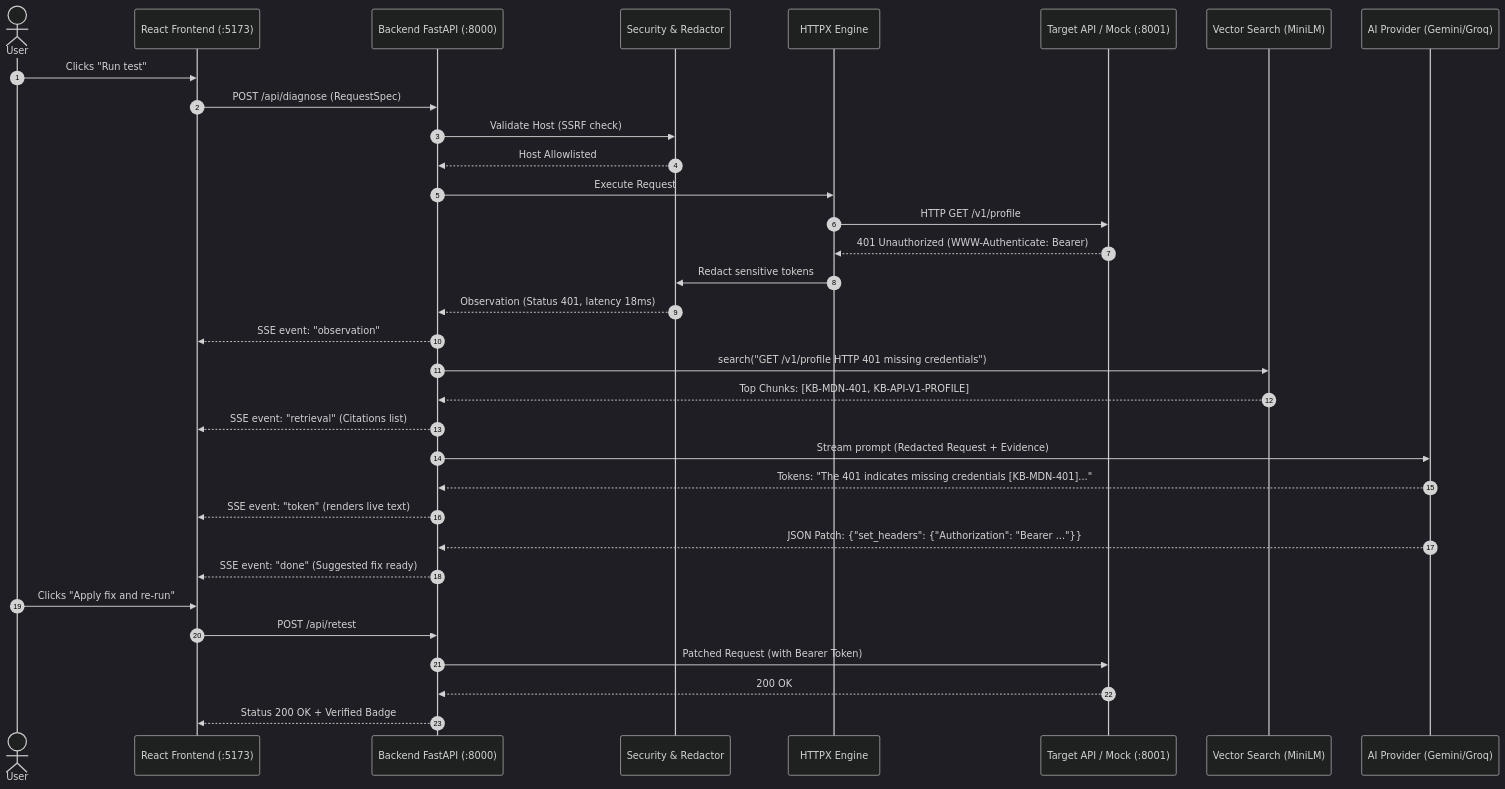
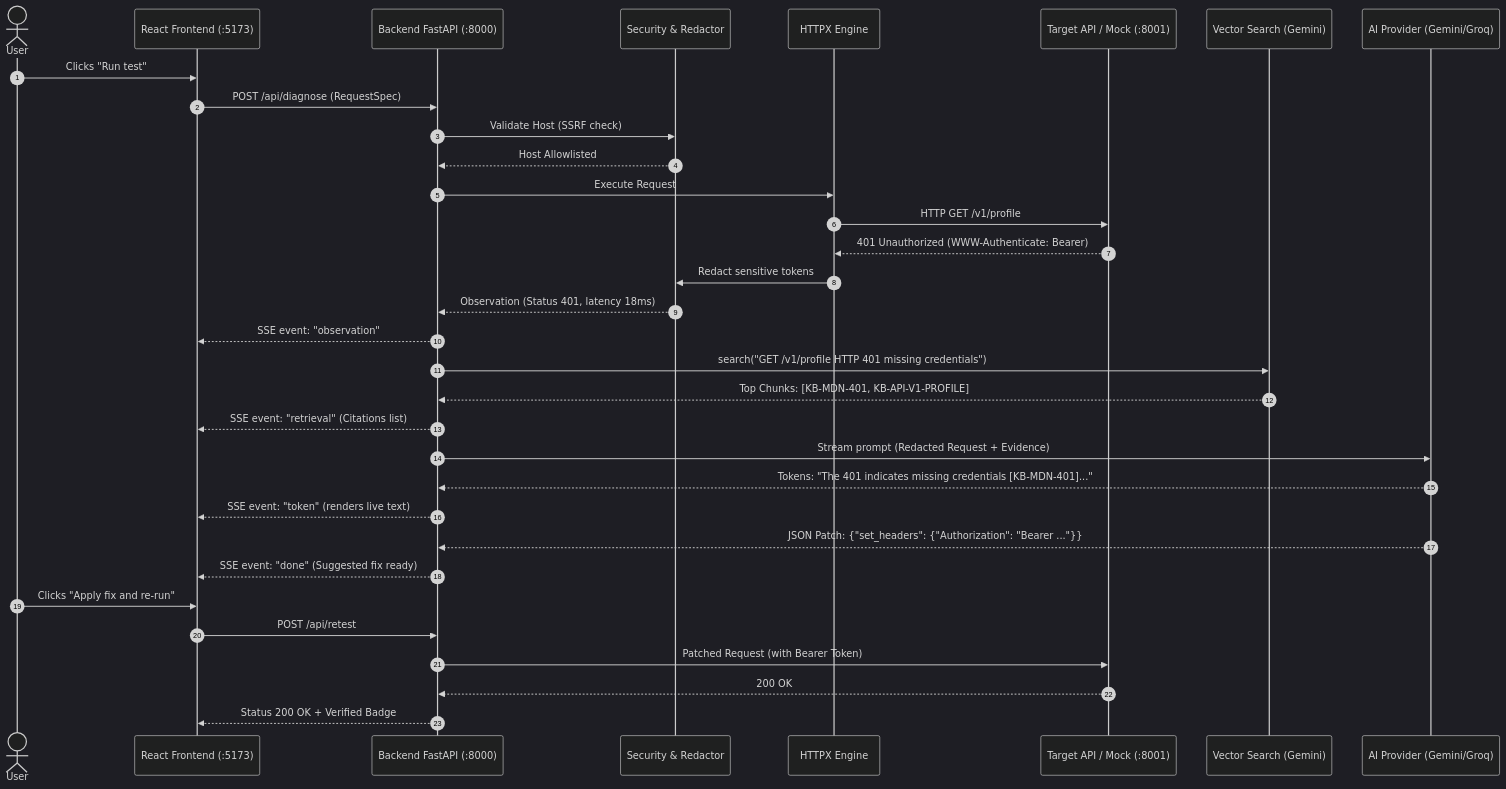
The second of 2 diagrams in docs/APIFix_AI_Project_Guide.md (ManojManasseh12/APIFIX_Project), drawn with Mermaid (dark theme) before and after one commit. The commit also changed other lines of this file and 25 other files, not shown here.

````diff
--- a/docs/APIFix_AI_Project_Guide.md
+++ b/docs/APIFix_AI_Project_Guide.md
@@ -141,39 +141,39 @@
 ```mermaid
 sequenceDiagram
     autonumber
     actor User
     participant UI as React Frontend (:5173)
     participant API as Backend FastAPI (:8000)
     participant Security as Security & Redactor
     participant Tester as HTTPX Engine
     participant Target as Target API / Mock (:8001)
-    participant RAG as Vector Search (MiniLM)
+    participant RAG as Vector Search (Gemini)
     participant LLM as AI Provider (Gemini/Groq)
 
     User->>UI: Clicks "Run test"
     UI->>API: POST /api/diagnose (RequestSpec)
     API->>Security: Validate Host (SSRF check)
     Security-->>API: Host Allowlisted
     API->>Tester: Execute Request
     Tester->>Target: HTTP GET /v1/profile
     Target-->>Tester: 401 Unauthorized (WWW-Authenticate: Bearer)
     Tester->>Security: Redact sensitive tokens
     Security-->>API: Observation (Status 401, latency 18ms)
     API-->>UI: SSE event: "observation"
     
     API->>RAG: search("GET /v1/profile HTTP 401 missing credentials")
     RAG-->>API: Top Chunks: [KB-MDN-401, KB-API-V1-PROFILE]
     API-->>UI: SSE event: "retrieval" (Citations list)
 
     API->>LLM: Stream prompt (Redacted Request + Evidence)
     LLM-->>API: Tokens: "The 401 indicates missing credentials [KB-MDN-401]..."
     API-->>UI: SSE event: "token" (renders live text)
     LLM-->>API: JSON Patch: {"set_headers": {"Authorization": "Bearer ..."}}
     API-->>UI: SSE event: "done" (Suggested fix ready)
 
     User->>UI: Clicks "Apply fix and re-run"
     UI->>API: POST /api/retest
     API->>Target: Patched Request (with Bearer Token)
     Target-->>API: 200 OK
     API-->>UI: Status 200 OK + Verified Badge
 ```
````
